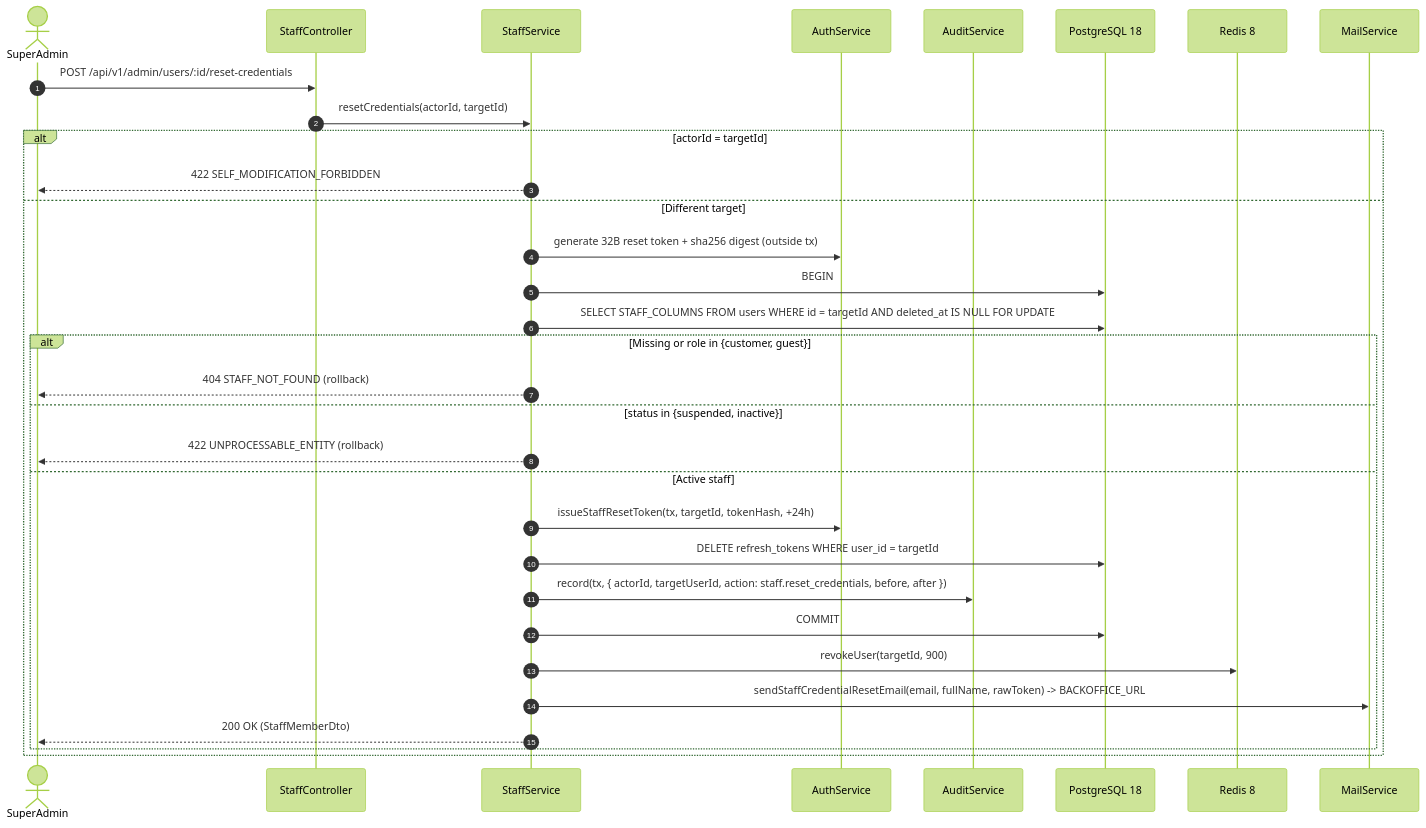
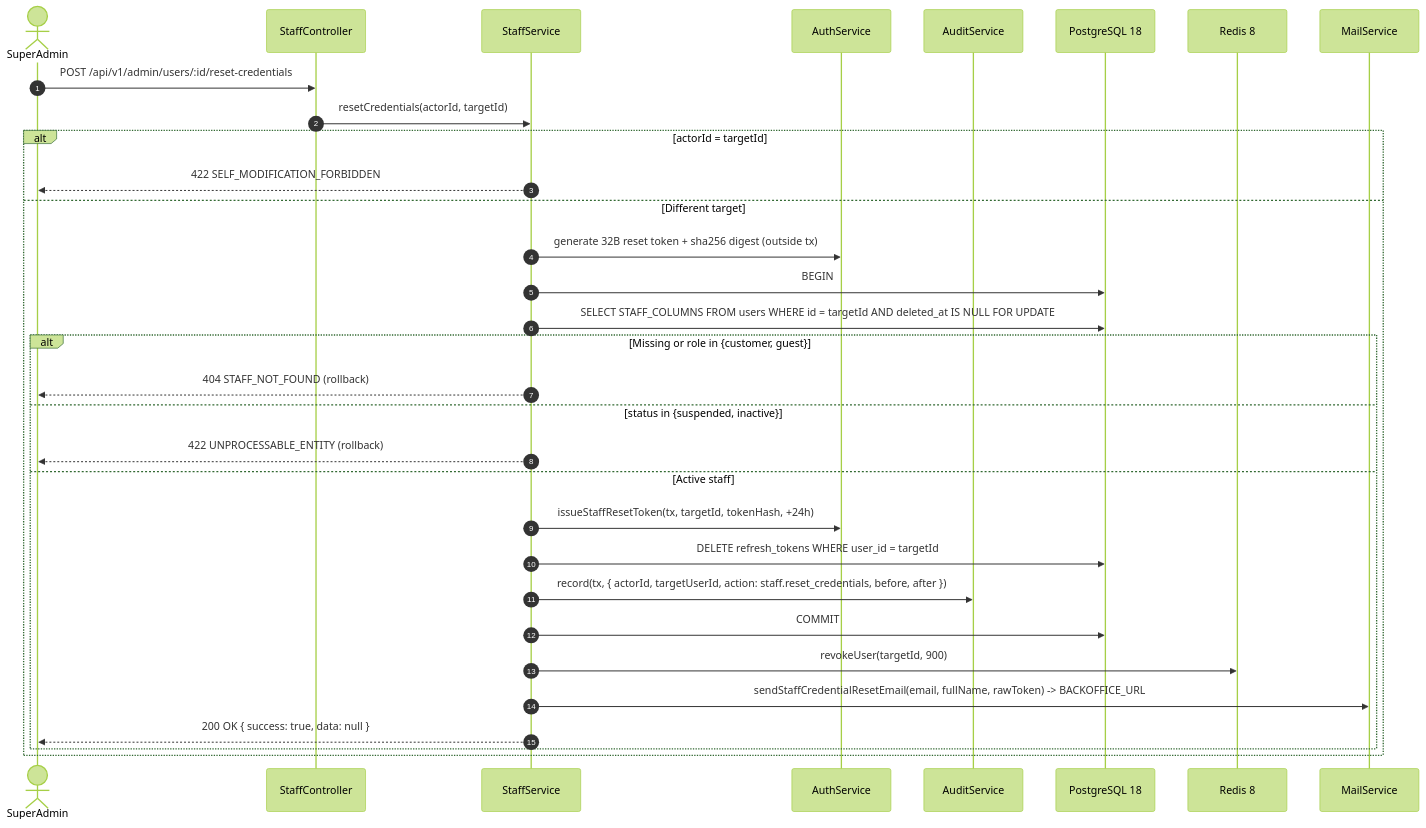
Before and after one commit to DuongDevv/greenroots-farm: the fourth of 5 diagrams in docs/design/staff-rbac-and-session-revocation-formal-spec.md, drawn with Mermaid (forest theme). The commit also changed other lines of this file, not shown here.

Commit message:
docs(staff): return null data envelope for reset-credentials

````diff
--- a/docs/design/staff-rbac-and-session-revocation-formal-spec.md
+++ b/docs/design/staff-rbac-and-session-revocation-formal-spec.md
@@ -183,35 +183,35 @@
 ```mermaid
 sequenceDiagram
     autonumber
     actor SuperAdmin
     participant Ctrl as StaffController
     participant Svc as StaffService
     participant Auth as AuthService
     participant Audit as AuditService
     participant DB as PostgreSQL 18
     participant Redis as Redis 8
     participant Mail as MailService
 
     SuperAdmin->>Ctrl: POST /api/v1/admin/users/:id/reset-credentials
     Ctrl->>Svc: resetCredentials(actorId, targetId)
     alt actorId = targetId
         Svc-->>SuperAdmin: 422 SELF_MODIFICATION_FORBIDDEN
     else Different target
         Svc->>Auth: generate 32B reset token + sha256 digest (outside tx)
         Svc->>DB: BEGIN
         Svc->>DB: SELECT STAFF_COLUMNS FROM users WHERE id = targetId AND deleted_at IS NULL FOR UPDATE
         alt Missing or role in {customer, guest}
             Svc-->>SuperAdmin: 404 STAFF_NOT_FOUND (rollback)
         else status in {suspended, inactive}
             Svc-->>SuperAdmin: 422 UNPROCESSABLE_ENTITY (rollback)
         else Active staff
             Svc->>Auth: issueStaffResetToken(tx, targetId, tokenHash, +24h)
             Svc->>DB: DELETE refresh_tokens WHERE user_id = targetId
             Svc->>Audit: record(tx, { actorId, targetUserId, action: staff.reset_credentials, before, after })
             Svc->>DB: COMMIT
             Svc->>Redis: revokeUser(targetId, 900)
             Svc->>Mail: sendStaffCredentialResetEmail(email, fullName, rawToken) -> BACKOFFICE_URL
-            Svc-->>SuperAdmin: 200 OK (StaffMemberDto)
+            Svc-->>SuperAdmin: 200 OK { success: true, data: null }
         end
     end
 ```
````
